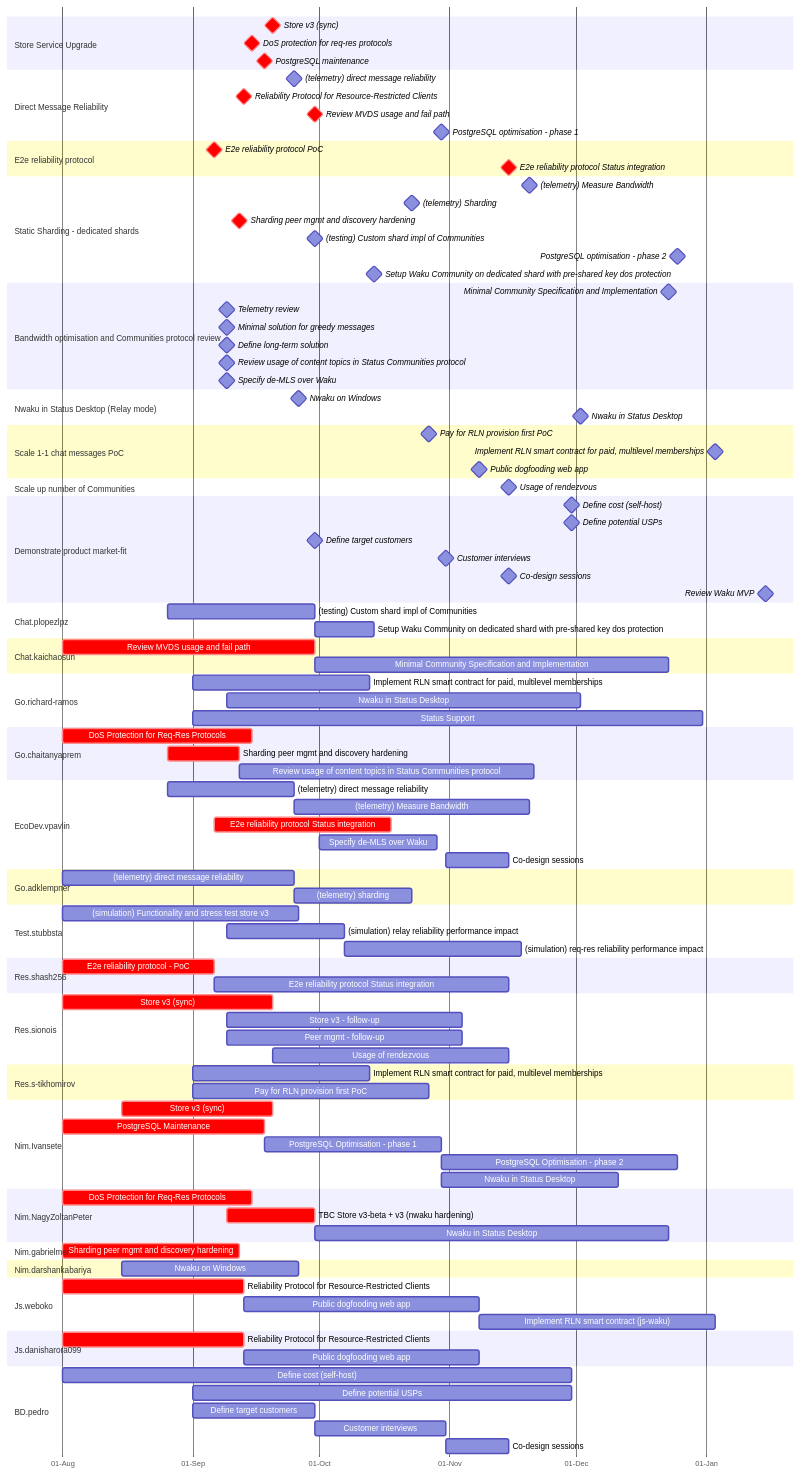
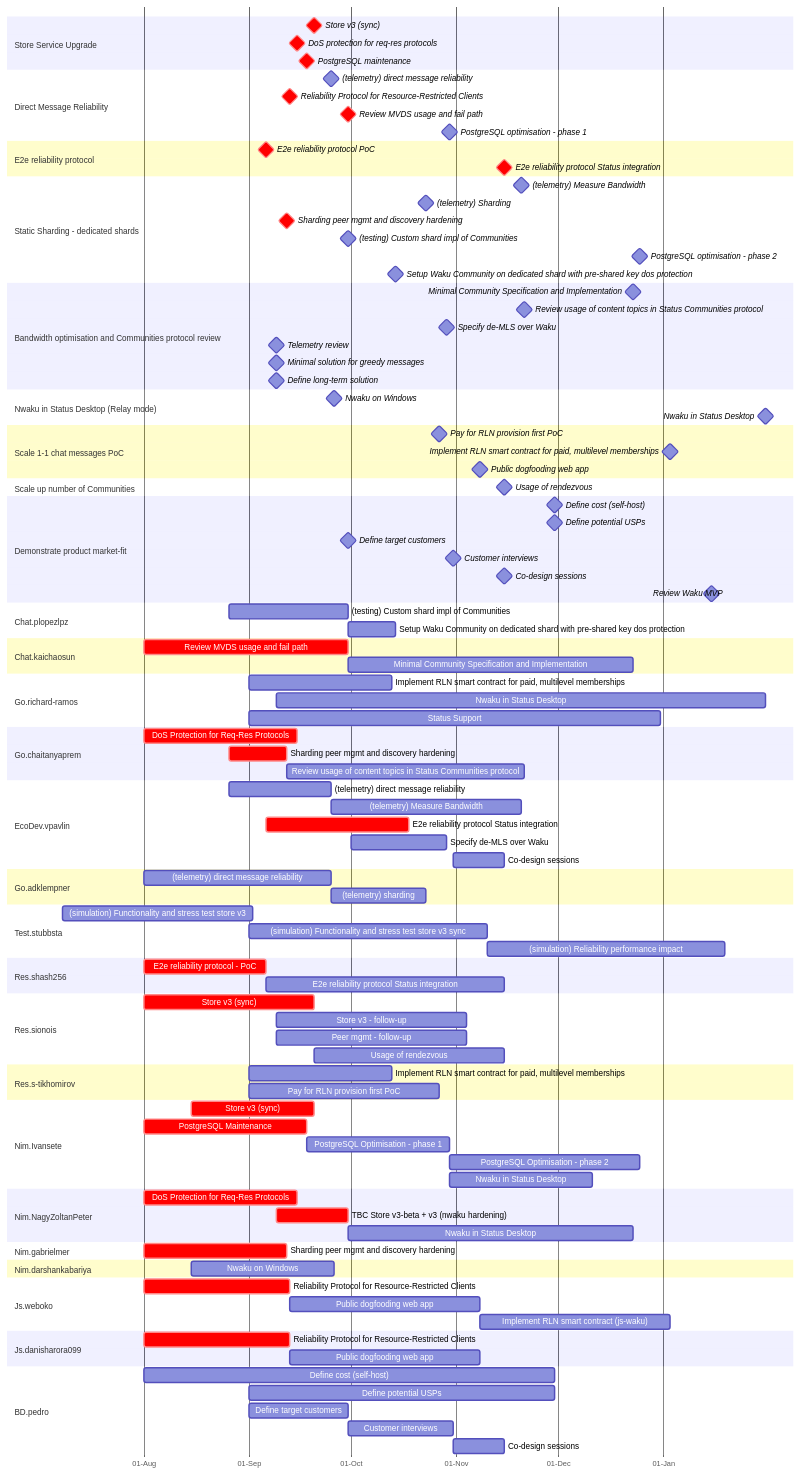
Before and after one commit to logos-co/roadmap: the diagram in content/waku/2024-gantt.md, drawn with Mermaid.

Commit message:
some estimates

```diff
--- a/content/waku/2024-gantt.md
+++ b/content/waku/2024-gantt.md
@@ -56,12 +56,12 @@
     section Bandwidth optimisation and Communities protocol review
         %% For now same person scheduled to do both research and implementation
         Minimal Community Specification and Implementation: milestone, after r-min-com-spec c-min-com-spec, 0
+        Review usage of content topics in Status Communities protocol: milestone, after r-cont-topic, 0
+        Specify de-MLS over Waku: milestone, after r-demls-spec, 0
         %% TODO: schedule
         Telemetry review: milestone, after r-telem-review, 0
         Minimal solution for greedy messages: milestone, after r-min-sol-com, 0
         Define long-term solution: milestone, after r-define-com-sol, 0
-        Review usage of content topics in Status Communities protocol: milestone, after r-cont-topic, 0
-        Specify de-MLS over Waku: milestone, after r-demls-spec, 0
     section Nwaku in Status Desktop (Relay mode)
         Nwaku on Windows: milestone, after n-nwaku-windows, 0
         Nwaku in Status Desktop: milestone, after n-nwaku-status-desktop, 0
@@ -85,32 +85,31 @@
         Setup Waku Community on dedicated shard with pre-shared key dos protection: waku-com, after c-test-custom-shard, 2w
     section Chat.kaichaosun
         Review MVDS usage and fail path: crit, c-mvds, 2024-08-01, 2024-09-30
-        Minimal Community Specification and Implementation: r-min-com-spec, after c-mvds, 12w
+        Minimal Community Specification and Implementation: c-min-com-spec, after c-mvds, 12w
     section Go.richard-ramos
         Implement RLN smart contract for paid, multilevel memberships: r-rln-sc, 2024-09-01, 6w
         %% TODO: Estimate
-        Nwaku in Status Desktop: n-nwaku-status-desktop, after n-rln-sc, 12w
+        Nwaku in Status Desktop: n-nwaku-status-desktop, after n-rln-sc, 2025-01-31
         Status Support: status-support-rr, 2024-09-01, 2024-12-31
     section Go.chaitanyaprem
         DoS Protection for Req-Res Protocols: crit, g-dosreqres, 2024-08-01, 2024-09-15
         Sharding peer mgmt and discovery hardening: crit, g-shard-peer-mgmt, 2024-08-26, 2024-09-12
-        Review usage of content topics in Status Communities protocol: cont-topic-r, after g-shard-peer-mgmt, 10w
+        Review usage of content topics in Status Communities protocol: r-cont-topic, after g-shard-peer-mgmt, 10w
     section EcoDev.vpavlin
         (telemetry) direct message reliability: t-d-msg-rel-1, 2024-08-26, 2024-09-25
         (telemetry) Measure Bandwidth: t-bandwidth, after t-d-msg-rel-1, 8w
         %% TODO: do bandwidth telemetry?
         E2e reliability protocol Status integration: crit, c-e2e-rel-status, after r-e2e-rel, 6w
         %% TODO: fit that properly
-        Specify de-MLS over Waku: demls-spec, 2024-10-01, 4w
+        Specify de-MLS over Waku: r-demls-spec, 2024-10-01, 4w
         Co-design sessions: bd-codesign, after cust-int, 2024-11-15
     section Go.adklempner
         (telemetry) direct message reliability: t-d-msg-rel-2, 2024-08-01, 2024-09-25
         (telemetry) sharding: t-sharding, after t-d-msg-rel-2, 4w
     section Test.stubbsta
-        %% TODO Review estimate
-        (simulation) Functionality and stress test store v3: sim-storev3, 2024-08-01, 8w
-        (simulation) relay reliability performance impact: sim-relay-rel, after sim-store-cmp sim-req-res, 4w
-        (simulation) req-res reliability performance impact: sim-reqres-rel, after sim-relay-rel, 6w
+        (simulation) Functionality and stress test store v3: sim-storev3, 2024-07-08, 8w
+        (simulation) Functionality and stress test store v3 sync: sim-storesync, 2024-09-01, 10w
+        (simulation) Reliability performance impact: sim-rel, after sim-storesync, 10w
     section Res.shash256
         E2e reliability protocol - PoC: crit, r-e2e-rel, 2024-08-01, 2024-09-06
         E2e reliability protocol Status integration: r-e2e-rel-status, after r-e2e-rel, 10w 
```
